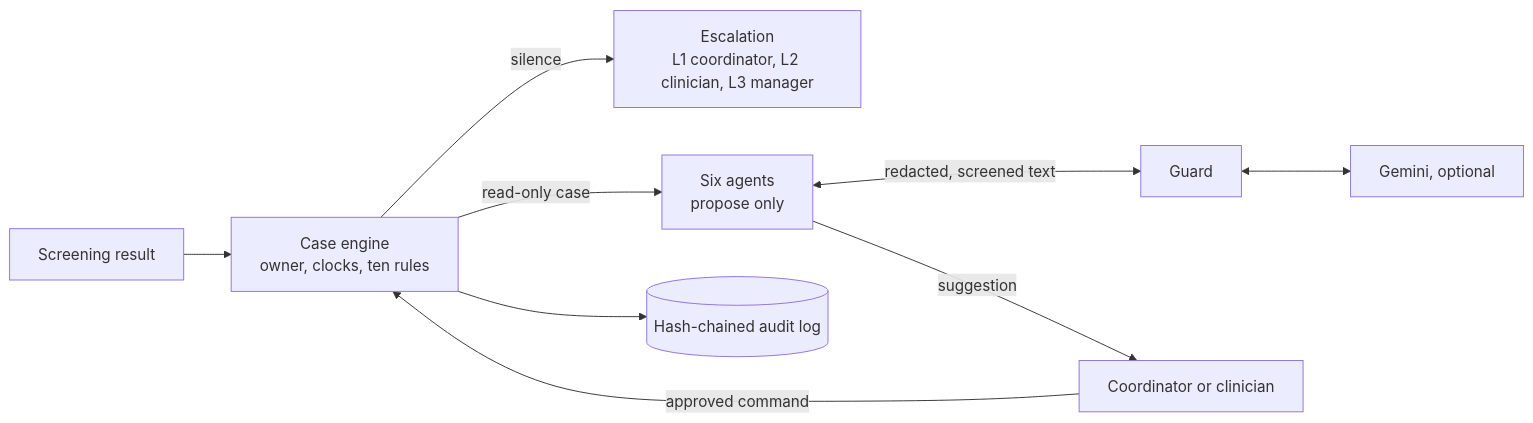
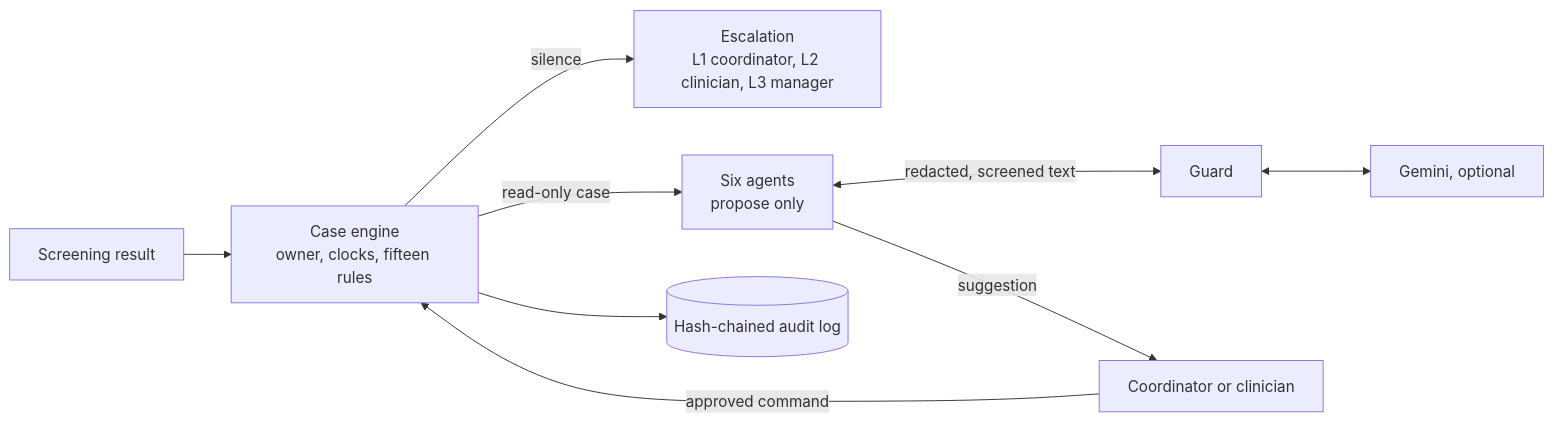
The diagram in README.md (reply2vikas/itmam), drawn with Mermaid before and after one commit. The commit also changed other lines of this file and 2 other files, not shown here.

First line of the commit message:
Docs: evidence ladder, loop-closure ledger, couple case, simulated Malaffi, Itmam Twin, invariants I11-I15

````diff
--- a/README.md
+++ b/README.md
@@ -92,10 +132,10 @@
 ```mermaid
 flowchart LR
-    R[Screening result] --> E[Case engine<br/>owner, clocks, ten rules]
+    R[Screening result] --> E[Case engine<br/>owner, clocks, fifteen rules]
     E -->|silence| X[Escalation<br/>L1 coordinator, L2 clinician, L3 manager]
     E -->|read-only case| A[Six agents<br/>propose only]
     A <-->|redacted, screened text| G[Guard] <--> M[Gemini, optional]
     A -->|suggestion| P[Coordinator or clinician]
     P -->|approved command| E
     E --> L[(Hash-chained audit log)]
 ```
````
